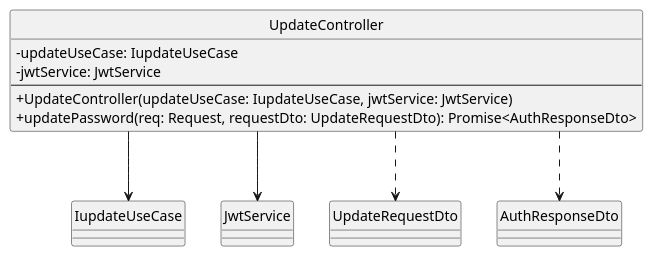
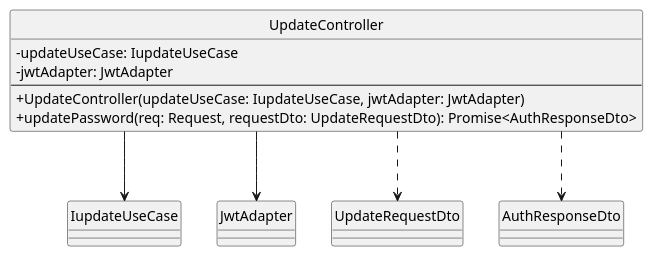
One commit to SkarabGroup/DocumentazioneProgetto changed the diagram in assets/st_diagrams/code/plantuml/account/presentation/controllers/update.controller.plantuml. Above: the diagram before and after it, drawn with PlantUML. The commit also changed 44 other files, not shown here.

```diff
--- a/assets/st_diagrams/code/plantuml/account/presentation/controllers/update.controller.plantuml
+++ b/assets/st_diagrams/code/plantuml/account/presentation/controllers/update.controller.plantuml
@@ -1,24 +1,24 @@
 @startuml UpdateController
 
 skinparam componentStyle uml2.5
 skinparam linetype ortho
 skinparam nodesep auto
 skinparam ranksep 70
 skinparam ClassAttributeIconSize 0
 hide circles
 
 class UpdateController {
     - updateUseCase: IupdateUseCase
-    - jwtService: JwtService
+    - jwtAdapter: JwtAdapter
     ---
-    + UpdateController(updateUseCase: IupdateUseCase, jwtService: JwtService)
+    + UpdateController(updateUseCase: IupdateUseCase, jwtAdapter: JwtAdapter)
     + updatePassword(req: Request, requestDto: UpdateRequestDto): Promise<AuthResponseDto>
 }
 
 ' Relations
 UpdateController --> IupdateUseCase
-UpdateController --> JwtService
+UpdateController --> JwtAdapter
 UpdateController ..> UpdateRequestDto
 UpdateController ..> AuthResponseDto
 
 @enduml
```
